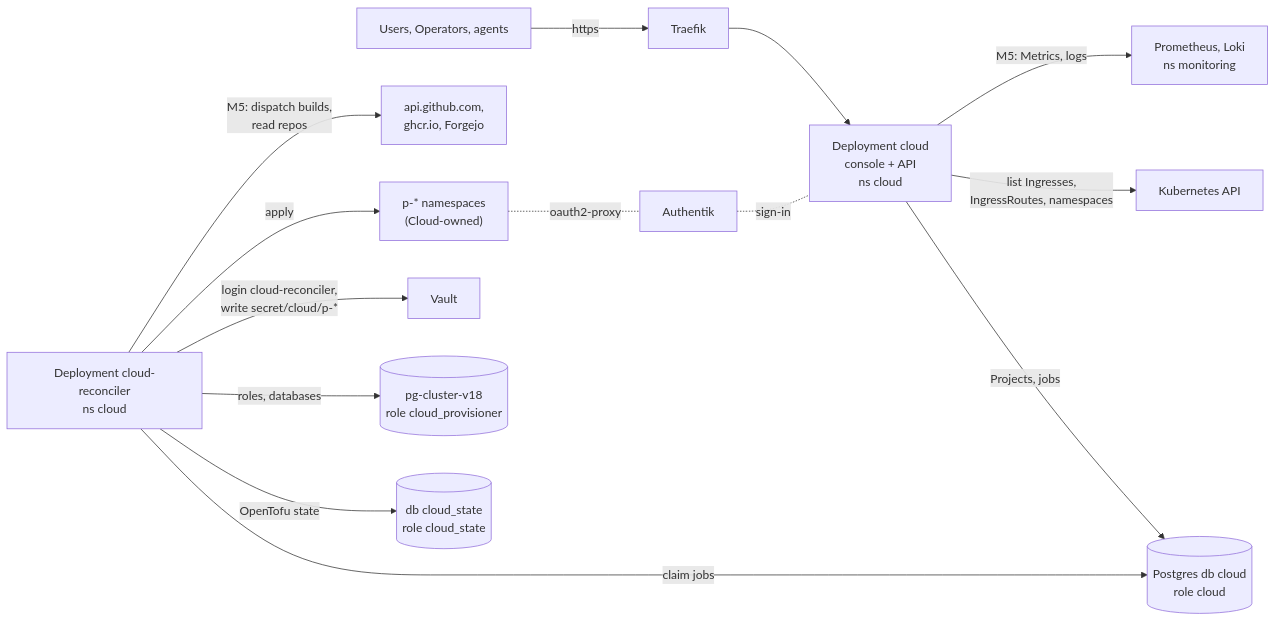
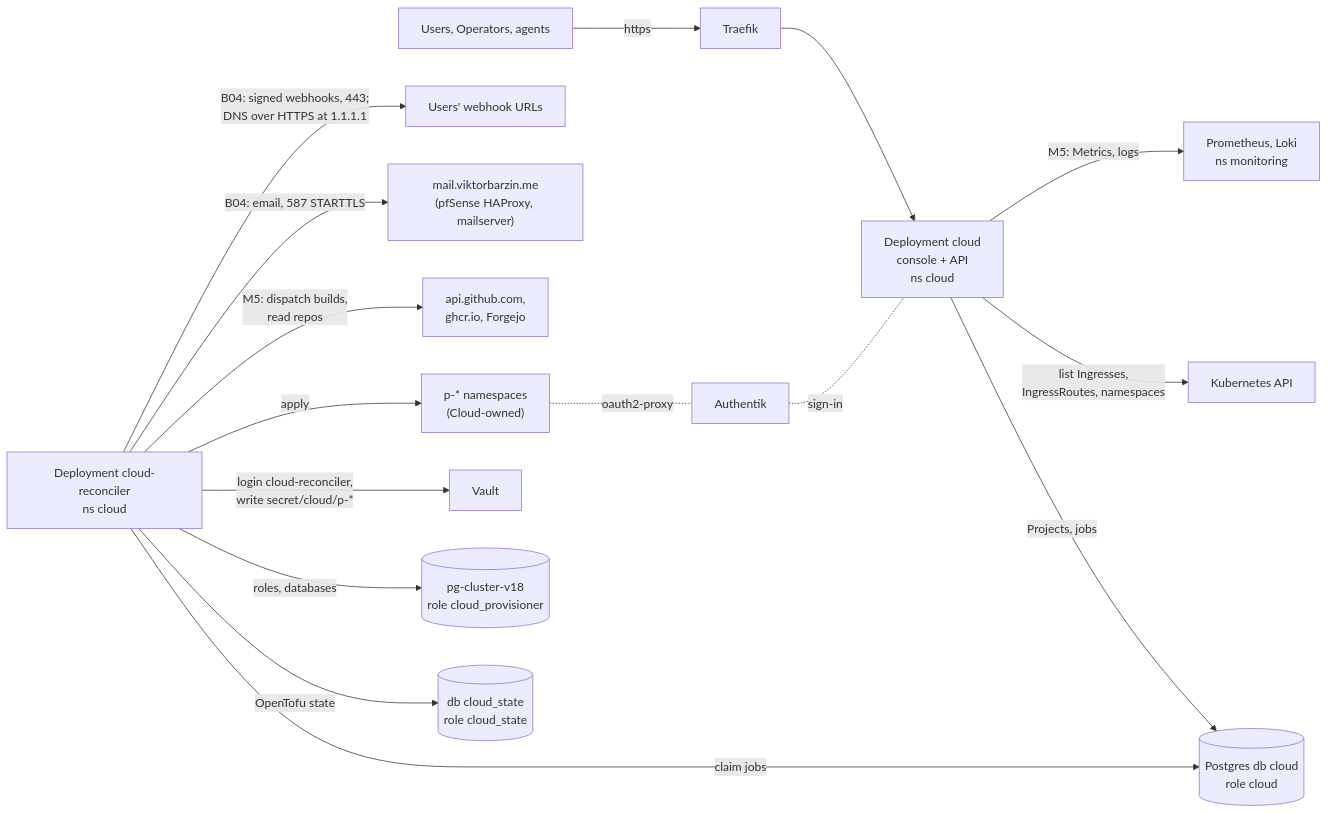
One commit to ViktorBarzin/infra changed the first of 2 diagrams in docs/architecture/cloud.md. Above: the diagram before and after it, drawn with Mermaid. The commit also changed other lines of this file and 5 other files, not shown here.

````diff
--- a/docs/architecture/cloud.md
+++ b/docs/architecture/cloud.md
@@ -15,16 +15,18 @@
 ```mermaid
 flowchart LR
   U["Users, Operators, agents"] -->|https| T[Traefik]
   T --> C["Deployment cloud<br/>console + API<br/>ns cloud"]
   C -->|Projects, jobs| DB[("Postgres db cloud<br/>role cloud")]
   C -->|list Ingresses,<br/>IngressRoutes, namespaces| K[Kubernetes API]
   R["Deployment cloud-reconciler<br/>ns cloud"] -->|claim jobs| DB
   R -->|OpenTofu state| ST[("db cloud_state<br/>role cloud_state")]
   R -->|roles, databases| PG[("pg-cluster-v18<br/>role cloud_provisioner")]
   R -->|login cloud-reconciler,<br/>write secret/cloud/p-*| V[Vault]
   R -->|apply| P["p-* namespaces<br/>(Cloud-owned)"]
   R -->|M5: dispatch builds,<br/>read repos| GH["api.github.com,<br/>ghcr.io, Forgejo"]
+  R -->|B04: email, 587 STARTTLS| MS["mail.viktorbarzin.me<br/>(pfSense HAProxy, mailserver)"]
+  R -->|B04: signed webhooks, 443;<br/>DNS over HTTPS at 1.1.1.1| WH["Users' webhook URLs"]
   C -->|M5: Metrics, logs| M["Prometheus, Loki<br/>ns monitoring"]
   A[Authentik] -. sign-in .- C
   P -. oauth2-proxy .- A
 ```
````
